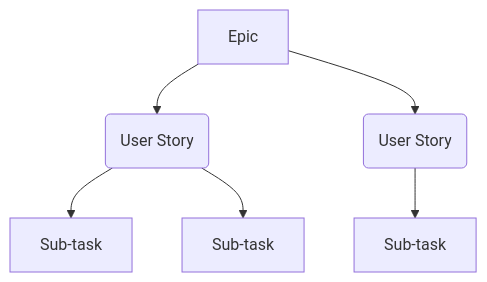
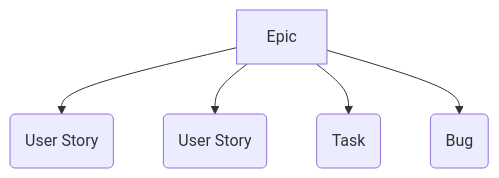
Before and after one commit to mozilla/ecosystem-platform: the diagram in docs/fxa-engineering/fxa-dev-process.md, drawn with Mermaid. The commit also changed other lines of this file and 1 other file, not shown here.

````diff
--- a/docs/fxa-engineering/fxa-dev-process.md
+++ b/docs/fxa-engineering/fxa-dev-process.md
@@ -69,8 +65,7 @@
 ```mermaid
 graph TD
 A[Epic] --> B(User Story)
 A --> C(User Story)
-B --> D[Sub-task]
-B --> E[Sub-task]
-C --> F[Sub-task]
+A --> D(Task)
+A --> E(Bug)
 ```
````
